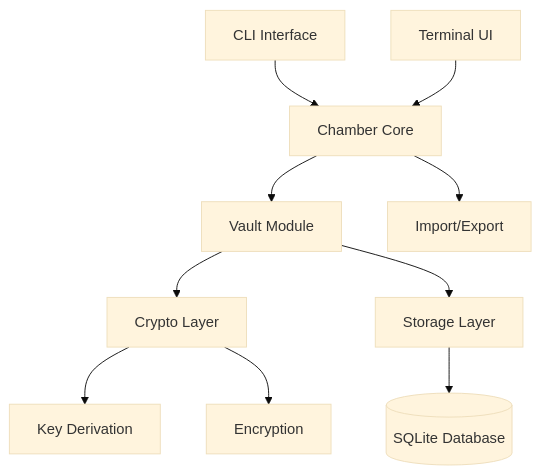
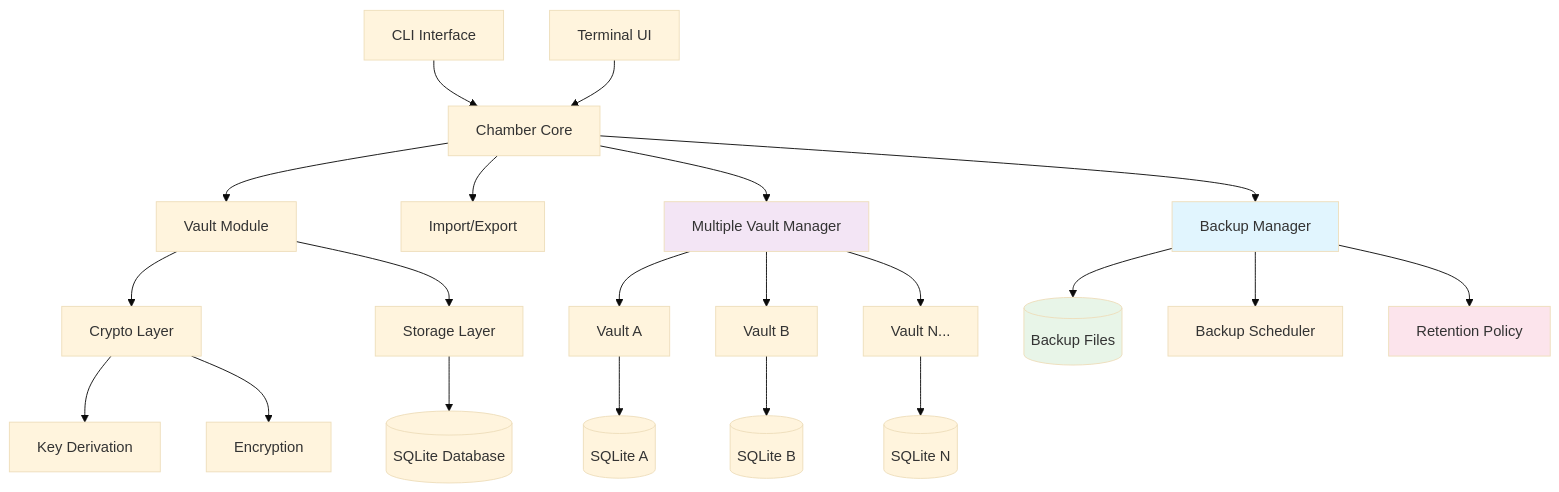
The first of 5 diagrams in README.md (mikeleppane/chamber), drawn with Mermaid (base theme) before and after one commit. The commit also changed other lines of this file and 3 other files, not shown here.

````diff
--- a/README.md
+++ b/README.md
@@ -159,12 +159,29 @@
 ``` mermaid
 graph TB
     CLI[CLI Interface] --> Core[Chamber Core]
     TUI[Terminal UI] --> Core
     Core --> Vault[Vault Module]
     Core --> Import[Import/Export]
+    Core --> Backup[Backup Manager]
+    Core --> VaultMgr[Multiple Vault Manager]
     Vault --> Crypto[Crypto Layer]
     Vault --> Storage[Storage Layer]
+    VaultMgr --> VaultA[Vault A]
+    VaultMgr --> VaultB[Vault B]
+    VaultMgr --> VaultN[Vault N...]
+    VaultA --> StorageA[(SQLite A)]
+    VaultB --> StorageB[(SQLite B)]
+    VaultN --> StorageN[(SQLite N)]
     Storage --> SQLite[(SQLite Database)]
+    Backup --> BackupStorage[(Backup Files)]
+    Backup --> Scheduler[Backup Scheduler]
+    Backup --> Retention[Retention Policy]
     Crypto --> Argon2[Key Derivation]
     Crypto --> ChaCha20[Encryption]
+    
+    style Backup fill:#e1f5fe
+    style VaultMgr fill:#f3e5f5
+    style BackupStorage fill:#e8f5e8
+    style Scheduler fill:#fff3e0
+    style Retention fill:#fce4ec
 ```
````
